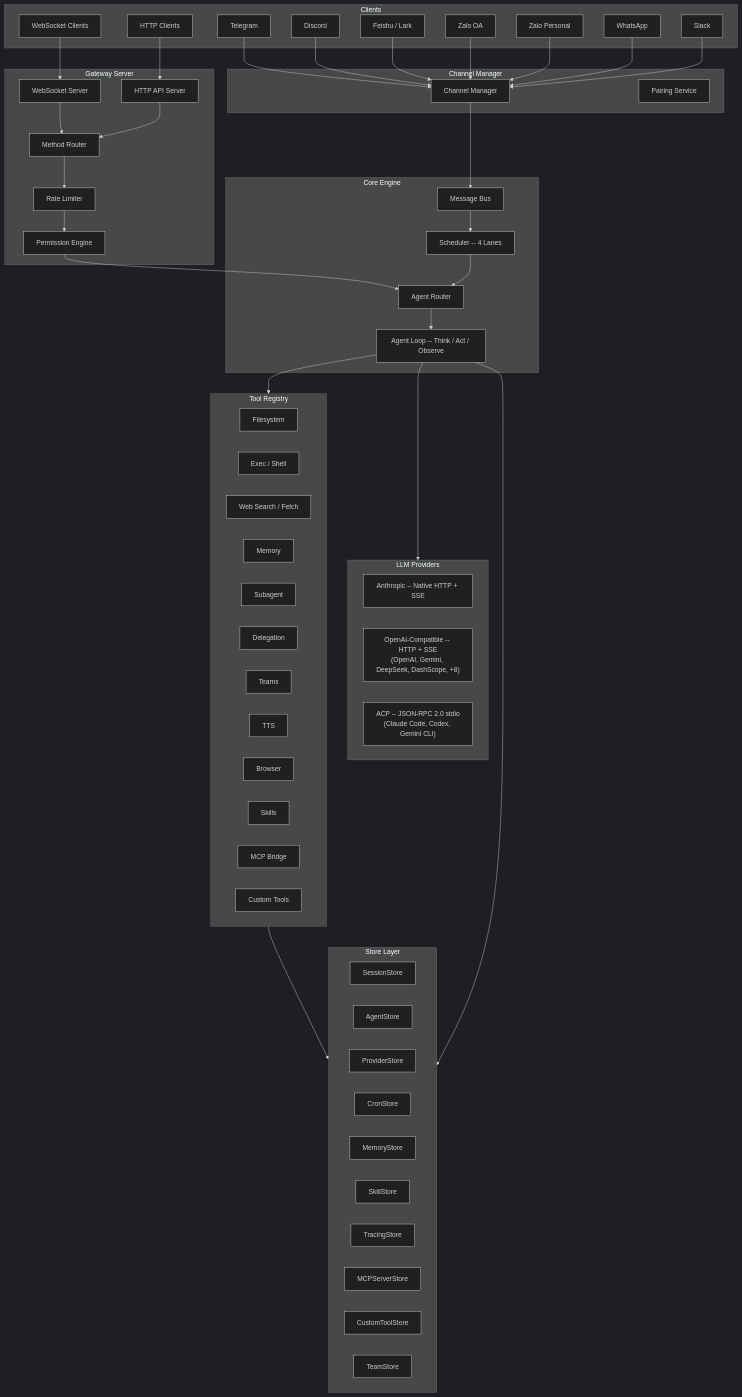
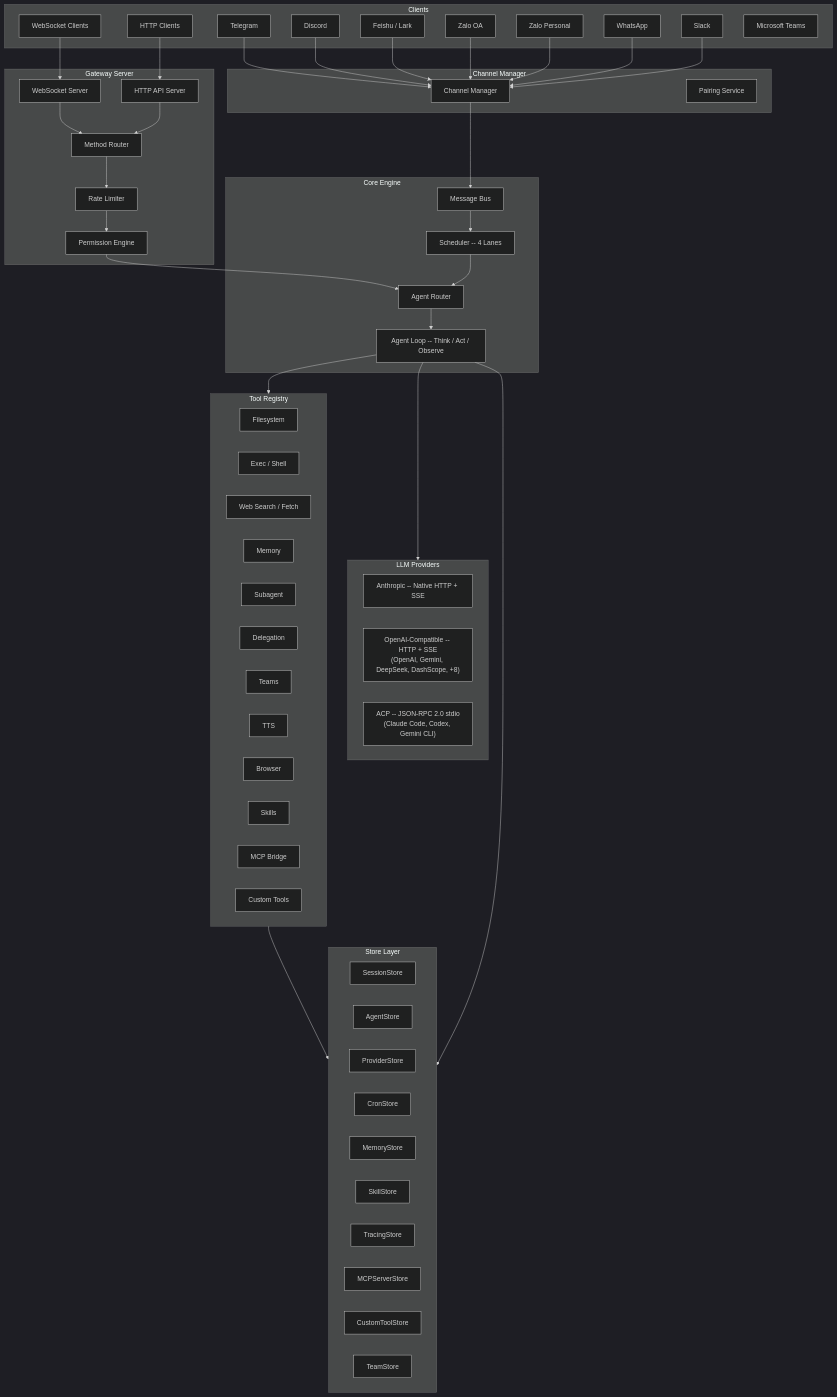
One commit to nextlevelbuilder/goclaw changed the first of 6 diagrams in docs/00-architecture-overview.md. Above: the diagram before and after it, drawn with Mermaid (dark theme). The commit also changed 3 other files, not shown here.

```diff
--- a/docs/00-architecture-overview.md
+++ b/docs/00-architecture-overview.md
@@ -18,6 +18,7 @@
         ZLP[Zalo Personal]
         WA[WhatsApp]
         SL[Slack]
+        TM[Microsoft Teams]
     end
 
     subgraph Gateway["Gateway Server"]
```
